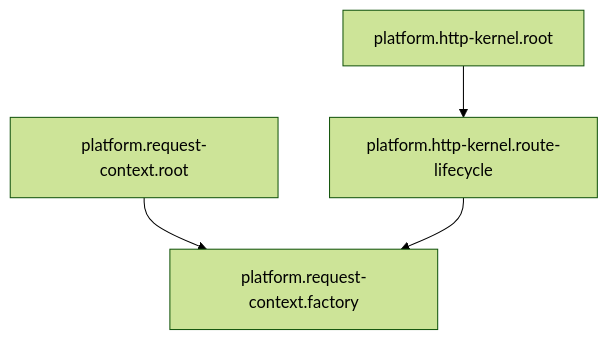
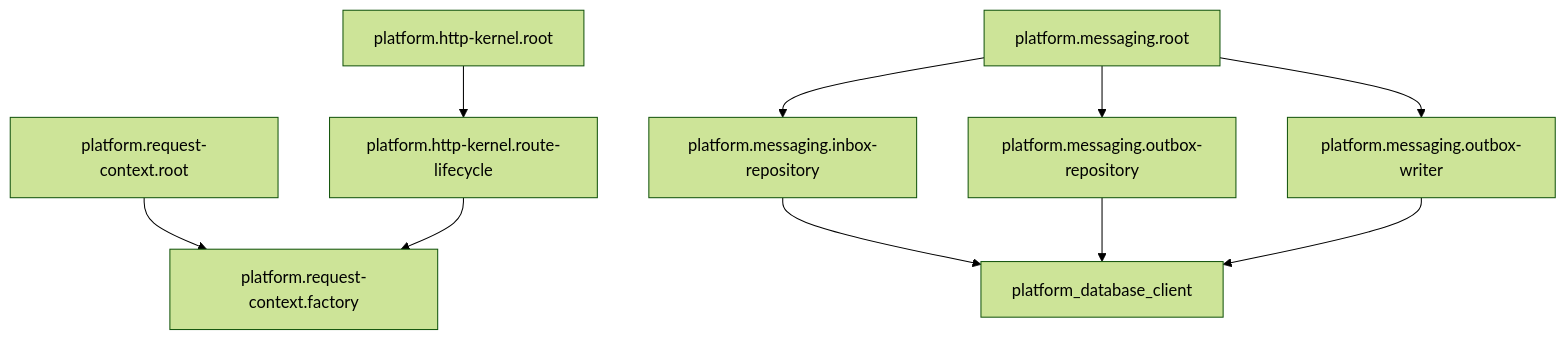
Before and after one commit to hornyakr/winzard: the diagram in templates/webapp/docs/90-generated/composition/composition-graph.md, drawn with Mermaid (forest theme). The commit also changed other lines of this file and 106 other files, not shown here.

````diff
--- a/templates/webapp/docs/90-generated/composition/composition-graph.md
+++ b/templates/webapp/docs/90-generated/composition/composition-graph.md
@@ -9,6 +9,12 @@
 ```mermaid
 graph TD
   platform_http_kernel_root["platform.http-kernel.root"] --> platform_http_kernel_route_lifecycle["platform.http-kernel.route-lifecycle"]
+  platform_messaging_root["platform.messaging.root"] --> platform_messaging_inbox_repository["platform.messaging.inbox-repository"]
+  platform_messaging_root["platform.messaging.root"] --> platform_messaging_outbox_repository["platform.messaging.outbox-repository"]
+  platform_messaging_root["platform.messaging.root"] --> platform_messaging_outbox_writer["platform.messaging.outbox-writer"]
   platform_request_context_root["platform.request-context.root"] --> platform_request_context_factory["platform.request-context.factory"]
   platform_http_kernel_route_lifecycle --> platform_request_context_factory
+  platform_messaging_inbox_repository --> platform_database_client
+  platform_messaging_outbox_repository --> platform_database_client
+  platform_messaging_outbox_writer --> platform_database_client
 ```
````
